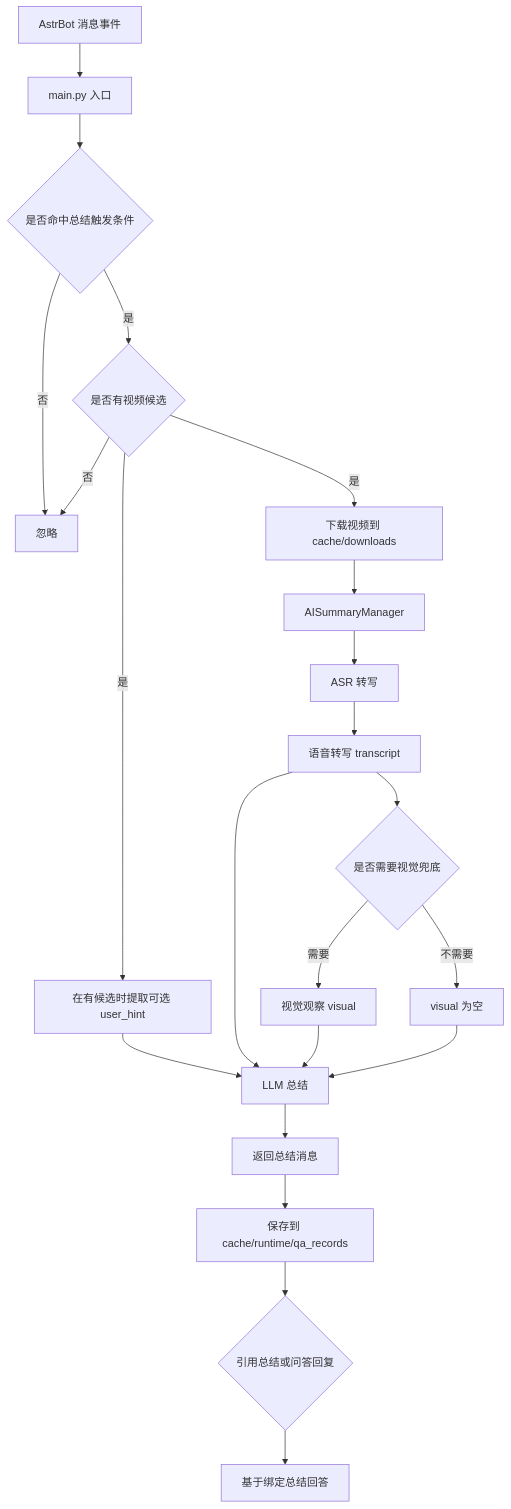
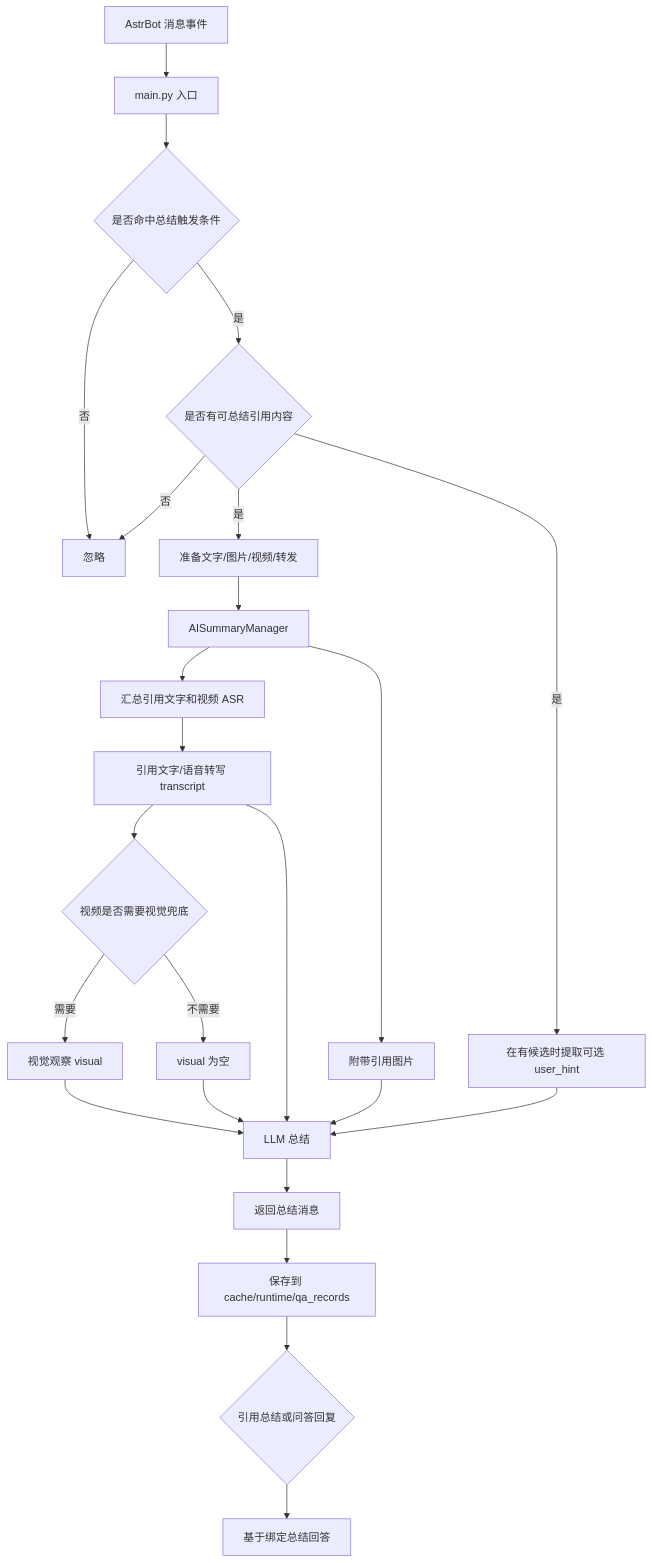
The first of 2 diagrams in docs/ARCHITECTURE.md (drdon1234/astrbot_plugin_ai_summary), drawn with Mermaid before and after one commit. The commit also changed other lines of this file and 7 other files, not shown here.

````diff
--- a/docs/ARCHITECTURE.md
+++ b/docs/ARCHITECTURE.md
@@ -17,24 +17,26 @@
 ```mermaid
 flowchart TD
     A["AstrBot 消息事件"] --> B["main.py 入口"]
     B --> C{"是否命中总结触发条件"}
     C -- "否" --> Z["忽略"]
-    C -- "是" --> E{"是否有视频候选"}
+    C -- "是" --> E{"是否有可总结引用内容"}
     E -- "否" --> Z
-    E -- "是" --> F["下载视频到 cache/downloads"]
+    E -- "是" --> F["准备文字/图片/视频/转发"]
     E -- "是" --> D["在有候选时提取可选 user_hint"]
     F --> G["AISummaryManager"]
-    G --> H["ASR 转写"]
-    H --> I["语音转写 transcript"]
-    I --> J{"是否需要视觉兜底"}
+    G --> H["汇总引用文字和视频 ASR"]
+    G --> R["附带引用图片"]
+    H --> I["引用文字/语音转写 transcript"]
+    I --> J{"视频是否需要视觉兜底"}
     J -- "需要" --> K["视觉观察 visual"]
     J -- "不需要" --> L["visual 为空"]
     D --> M["LLM 总结"]
     I --> M
+    R --> M
     K --> M
     L --> M
     M --> N["返回总结消息"]
     N --> O["保存到 cache/runtime/qa_records"]
     O --> P{"引用总结或问答回复"}
     P --> Q["基于绑定总结回答"]
 ```
````
